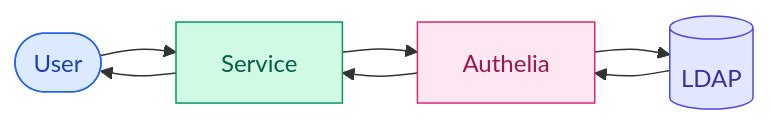
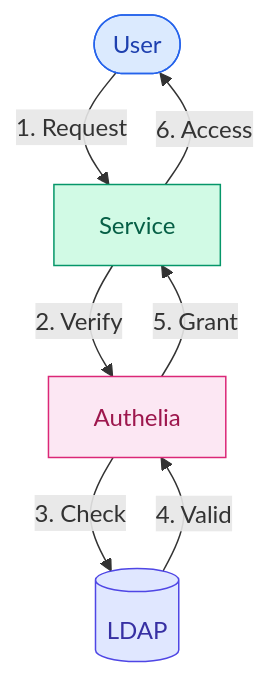
Before and after one commit to Mykyta-Home-Server/homeserver: the third of 4 diagrams in docs-site/src/content/docs/guides/ldap.mdx, drawn with Mermaid. The commit also changed other lines of this file and 2 other files, not shown here.

First line of the commit message:
Redesign all Mermaid diagrams: square layouts with compact labels

````diff
--- a/docs-site/src/content/docs/guides/ldap.mdx
+++ b/docs-site/src/content/docs/guides/ldap.mdx
@@ -148,19 +146,25 @@
 ```mermaid
-flowchart LR
-    User([User]) --> Service[Service]
-    Service --> Authelia[Authelia]
-    Authelia --> LDAP[(LDAP)]
-    LDAP --> Authelia
-    Authelia --> Service
-    Service --> User
+flowchart TB
+    User([User])
+    Service[Service]
+
+    Authelia[Authelia]
+    LDAP[(LDAP)]
+
+    User -->|1. Request| Service
+    Service -->|2. Verify| Authelia
+    Authelia -->|3. Check| LDAP
+    LDAP -->|4. Valid| Authelia
+    Authelia -->|5. Grant| Service
+    Service -->|6. Access| User
 
     classDef user fill:#dbeafe,stroke:#2563eb,color:#1e40af
     classDef svc fill:#d1fae5,stroke:#059669,color:#065f46
     classDef auth fill:#fce7f3,stroke:#db2777,color:#9d174d
     classDef ldap fill:#e0e7ff,stroke:#4f46e5,color:#3730a3
 
     class User user
     class Service svc
     class Authelia auth
     class LDAP ldap
 ```
````
